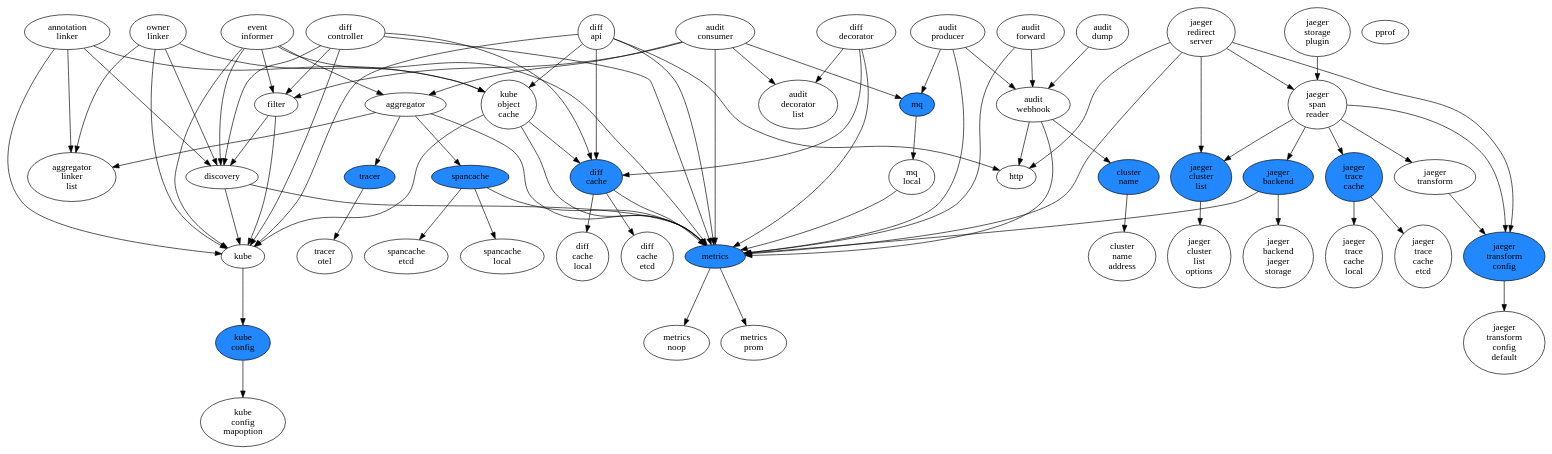
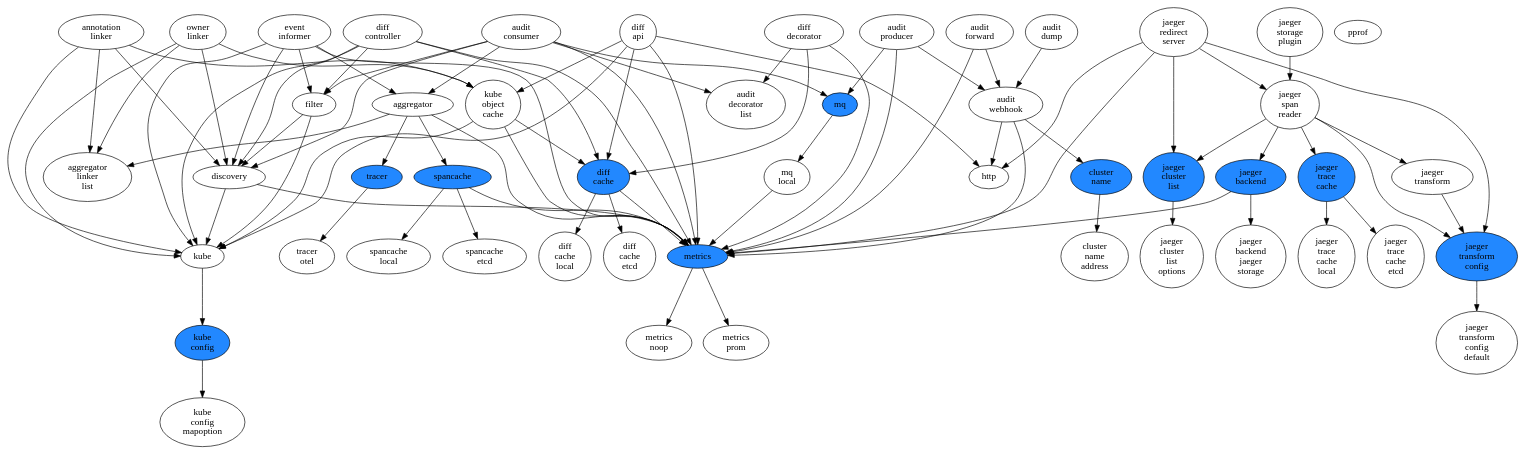
One commit to kubewharf/kelemetry changed the diagram in depgraph.dot. Above: the diagram before and after it, drawn with Graphviz. The commit also changed 2 other files, not shown here.

```diff
--- a/depgraph.dot
+++ b/depgraph.dot
@@ -1,138 +1,139 @@
 digraph G {
 	{
 	rank=source;
 		n0 [label="annotation\nlinker", style="", fillcolor="white"]
 		n1 [label="audit\nconsumer", style="", fillcolor="white"]
 		n2 [label="audit\ndump", style="", fillcolor="white"]
 		n3 [label="audit\nforward", style="", fillcolor="white"]
 		n4 [label="audit\nproducer", style="", fillcolor="white"]
 		n5 [label="diff\napi", style="", fillcolor="white"]
 		n6 [label="diff\ncontroller", style="", fillcolor="white"]
 		n7 [label="diff\ndecorator", style="", fillcolor="white"]
 		n8 [label="event\ninformer", style="", fillcolor="white"]
 		n9 [label="jaeger\nredirect\nserver", style="", fillcolor="white"]
 		n10 [label="jaeger\nstorage\nplugin", style="", fillcolor="white"]
 		n11 [label="owner\nlinker", style="", fillcolor="white"]
 		n12 [label="pprof", style="", fillcolor="white"]
 	}
 		n13 [label="aggregator", style="", fillcolor="white"]
 		n14 [label="aggregator\nlinker\nlist", style="", fillcolor="white"]
 		n15 [label="audit\ndecorator\nlist", style="", fillcolor="white"]
 		n16 [label="audit\nwebhook", style="", fillcolor="white"]
 		n17 [label="cluster\nname", style="filled", fillcolor="#2288ff"]
 		n18 [label="cluster\nname\naddress", style="", fillcolor="white"]
 		n19 [label="diff\ncache", style="filled", fillcolor="#2288ff"]
 		n20 [label="diff\ncache\netcd", style="", fillcolor="white"]
 		n21 [label="diff\ncache\nlocal", style="", fillcolor="white"]
 		n22 [label="discovery", style="", fillcolor="white"]
 		n23 [label="filter", style="", fillcolor="white"]
 		n24 [label="http", style="", fillcolor="white"]
 		n25 [label="jaeger\nbackend", style="filled", fillcolor="#2288ff"]
 		n26 [label="jaeger\nbackend\njaeger\nstorage", style="", fillcolor="white"]
 		n27 [label="jaeger\ncluster\nlist", style="filled", fillcolor="#2288ff"]
 		n28 [label="jaeger\ncluster\nlist\noptions", style="", fillcolor="white"]
 		n29 [label="jaeger\nspan\nreader", style="", fillcolor="white"]
 		n30 [label="jaeger\ntrace\ncache", style="filled", fillcolor="#2288ff"]
 		n31 [label="jaeger\ntrace\ncache\netcd", style="", fillcolor="white"]
 		n32 [label="jaeger\ntrace\ncache\nlocal", style="", fillcolor="white"]
 		n33 [label="jaeger\ntransform", style="", fillcolor="white"]
 		n34 [label="jaeger\ntransform\nconfig", style="filled", fillcolor="#2288ff"]
 		n35 [label="jaeger\ntransform\nconfig\ndefault", style="", fillcolor="white"]
 		n36 [label="kube", style="", fillcolor="white"]
 		n37 [label="kube\nconfig", style="filled", fillcolor="#2288ff"]
 		n38 [label="kube\nconfig\nmapoption", style="", fillcolor="white"]
 		n39 [label="kube\nobject\ncache", style="", fillcolor="white"]
 		n40 [label="metrics", style="filled", fillcolor="#2288ff"]
 		n41 [label="metrics\nnoop", style="", fillcolor="white"]
 		n42 [label="metrics\nprom", style="", fillcolor="white"]
 		n43 [label="mq", style="filled", fillcolor="#2288ff"]
 		n44 [label="mq\nlocal", style="", fillcolor="white"]
 		n45 [label="spancache", style="filled", fillcolor="#2288ff"]
 		n46 [label="spancache\netcd", style="", fillcolor="white"]
 		n47 [label="spancache\nlocal", style="", fillcolor="white"]
 		n48 [label="tracer", style="filled", fillcolor="#2288ff"]
 		n49 [label="tracer\notel", style="", fillcolor="white"]
 	n0 -> n14
 	n0 -> n22
 	n0 -> n36
 	n0 -> n39
 	n1 -> n13
 	n1 -> n15
+	n1 -> n22
 	n1 -> n23
 	n1 -> n40
 	n1 -> n43
 	n2 -> n16
 	n3 -> n16
 	n3 -> n40
 	n4 -> n16
 	n4 -> n40
 	n4 -> n43
 	n5 -> n19
 	n5 -> n24
 	n5 -> n36
 	n5 -> n39
 	n5 -> n40
 	n6 -> n19
 	n6 -> n22
 	n6 -> n23
 	n6 -> n36
 	n6 -> n40
 	n7 -> n15
 	n7 -> n19
 	n7 -> n40
 	n8 -> n13
 	n8 -> n22
 	n8 -> n23
 	n8 -> n36
 	n8 -> n40
 	n9 -> n24
 	n9 -> n27
 	n9 -> n29
 	n9 -> n34
 	n9 -> n40
 	n10 -> n29
 	n11 -> n14
 	n11 -> n22
 	n11 -> n36
 	n11 -> n39
 	n13 -> n14
 	n13 -> n40
 	n13 -> n45
 	n13 -> n48
 	n16 -> n17
 	n16 -> n24
 	n16 -> n40
 	n17 -> n18
 	n19 -> n20
 	n19 -> n21
 	n19 -> n40
 	n22 -> n36
 	n22 -> n40
 	n23 -> n22
 	n23 -> n36
 	n25 -> n26
 	n25 -> n40
 	n27 -> n28
 	n29 -> n25
 	n29 -> n27
 	n29 -> n30
 	n29 -> n33
 	n29 -> n34
 	n30 -> n31
 	n30 -> n32
 	n33 -> n34
 	n34 -> n35
 	n36 -> n37
 	n37 -> n38
 	n39 -> n19
 	n39 -> n36
 	n39 -> n40
 	n40 -> n41
 	n40 -> n42
 	n43 -> n44
 	n44 -> n40
 	n45 -> n40
 	n45 -> n46
 	n45 -> n47
 	n48 -> n49
 }
```
